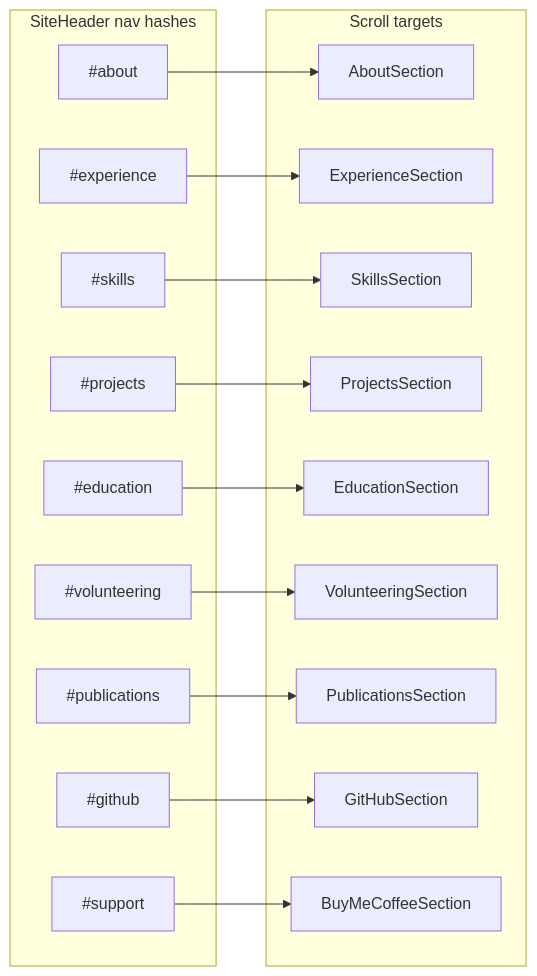
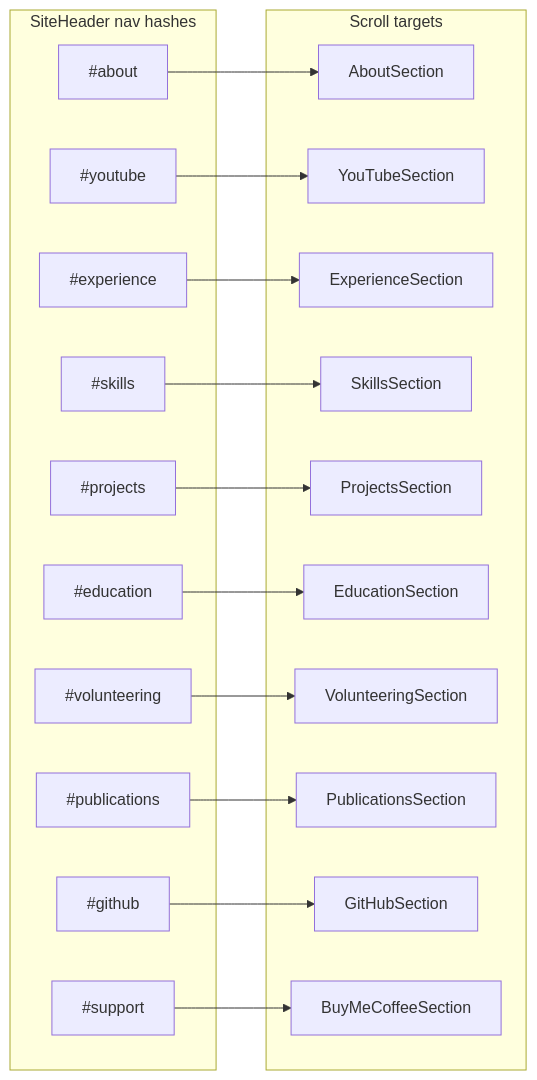
One commit to kdutta25/my-portfolio changed the second of 5 diagrams in README.md. Above: the diagram before and after it, drawn with Mermaid. The commit also changed other lines of this file and 12 other files, not shown here.

Commit message:
Move YouTube section after About Me; remove the portfolio chat bubble

````diff
--- a/README.md
+++ b/README.md
@@ -121,36 +121,39 @@
 ```mermaid
 flowchart LR
   subgraph nav["SiteHeader nav hashes"]
     N1["#about"]
+    NY["#youtube"]
     N2["#experience"]
     N3["#skills"]
     N4["#projects"]
     N5["#education"]
     N6["#volunteering"]
     N7["#publications"]
     N8["#github"]
     N9["#support"]
   end
 
   subgraph page["Scroll targets"]
     S1[AboutSection]
+    SY[YouTubeSection]
     S2[ExperienceSection]
     S3[SkillsSection]
     S4[ProjectsSection]
     S5[EducationSection]
     S6[VolunteeringSection]
     S7[PublicationsSection]
     S8[GitHubSection]
     S9[BuyMeCoffeeSection]
   end
 
   N1 --> S1
+  NY --> SY
   N2 --> S2
   N3 --> S3
   N4 --> S4
   N5 --> S5
   N6 --> S6
   N7 --> S7
   N8 --> S8
   N9 --> S9
 ```
````
